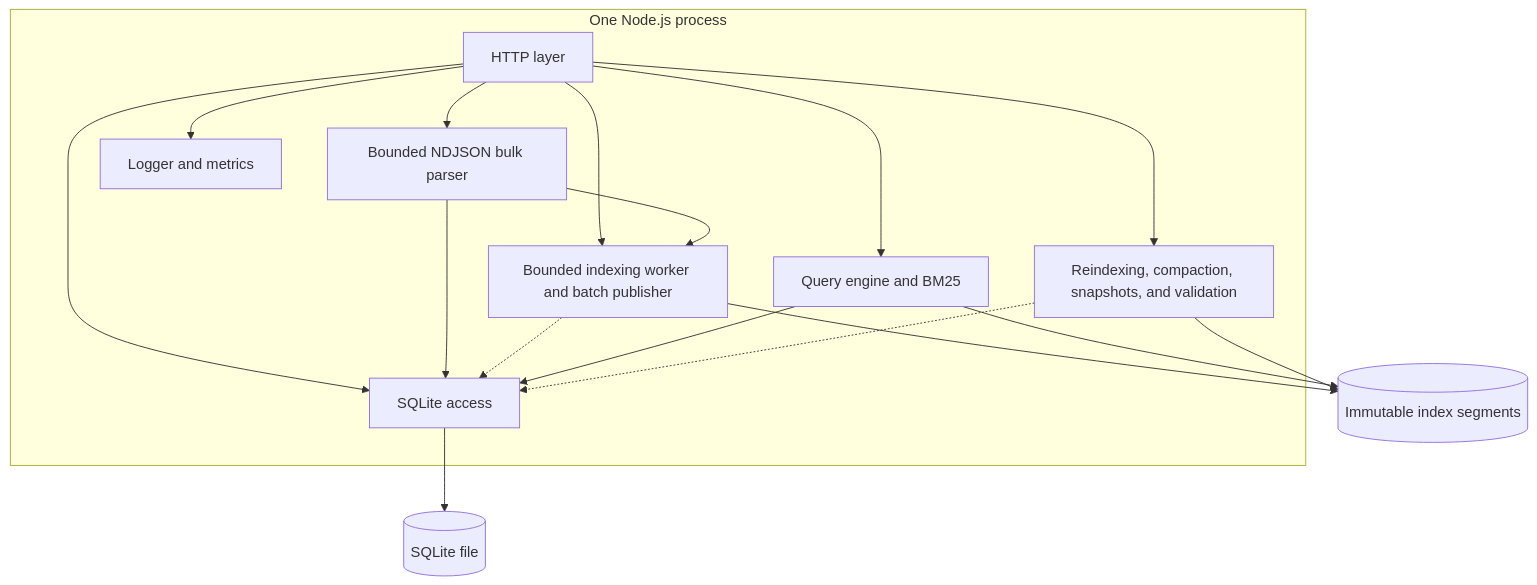
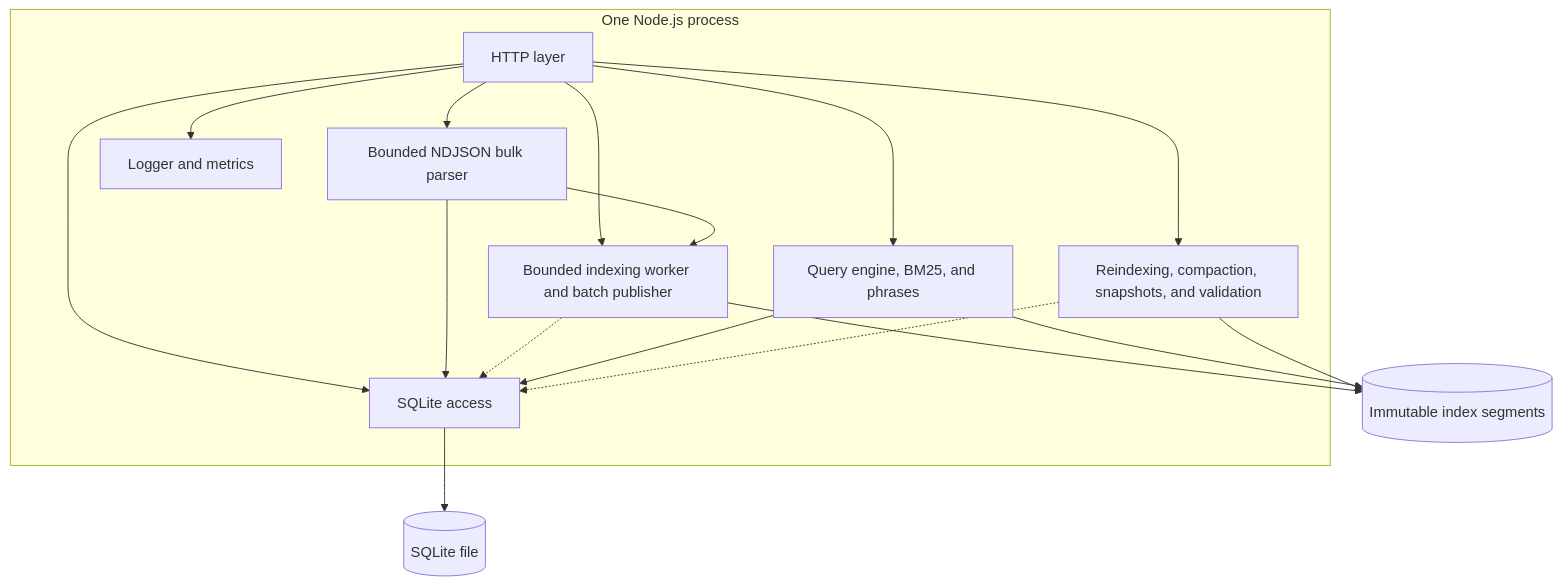
One commit to prajexec/SearchCraft changed the first of 2 diagrams in docs/architecture/ARCHITECTURE.md. Above: the diagram before and after it, drawn with Mermaid. The commit also changed other lines of this file and 20 other files, not shown here.

````diff
--- a/docs/architecture/ARCHITECTURE.md
+++ b/docs/architecture/ARCHITECTURE.md
@@ -11,28 +11,28 @@
 ```mermaid
 flowchart TB
     subgraph Process[One Node.js process]
         HTTP[HTTP layer]
         Bulk[Bounded NDJSON bulk parser]
         Observability[Logger and metrics]
         SQLiteAccess[SQLite access]
         Indexing[Bounded indexing worker and batch publisher]
-        Query[Query engine and BM25]
+        Query[Query engine, BM25, and phrases]
         Maintenance[Reindexing, compaction, snapshots, and validation]
     end
 
     HTTP --> Observability
     HTTP --> SQLiteAccess
     HTTP --> Indexing
     HTTP --> Query
     HTTP --> Bulk
     Bulk --> SQLiteAccess
     Bulk --> Indexing
     HTTP --> Maintenance
     Indexing -.-> SQLiteAccess
     Query --> SQLiteAccess
     Maintenance -.-> SQLiteAccess
     SQLiteAccess --> Database[(SQLite file)]
     Indexing --> Disk[(Immutable index segments)]
     Query --> Disk
     Maintenance --> Disk
 ```
````
